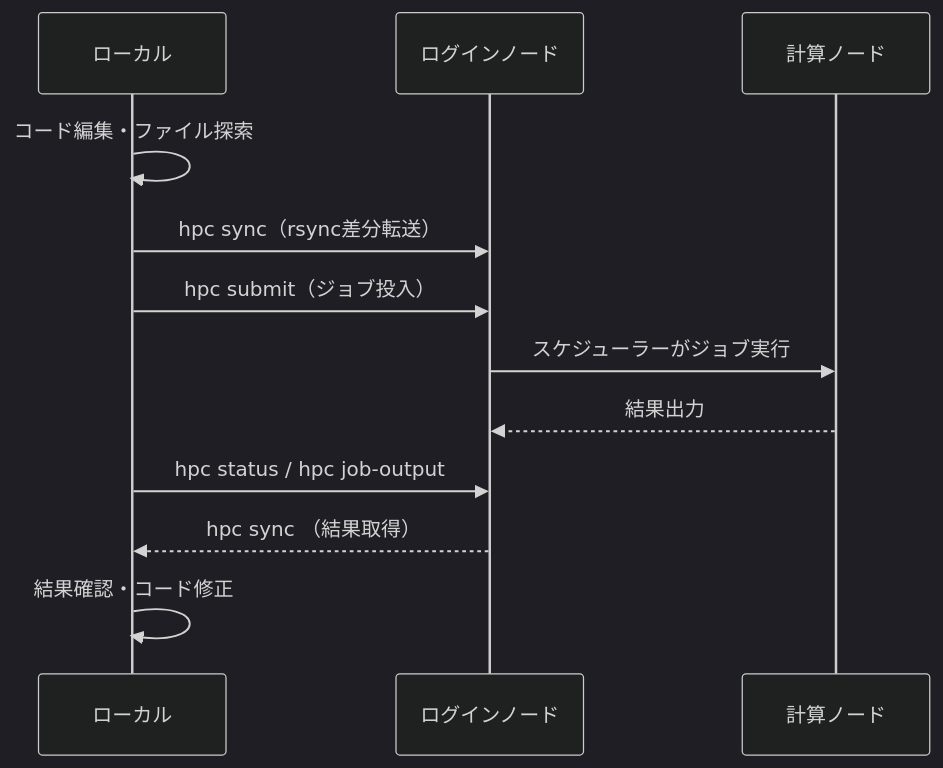
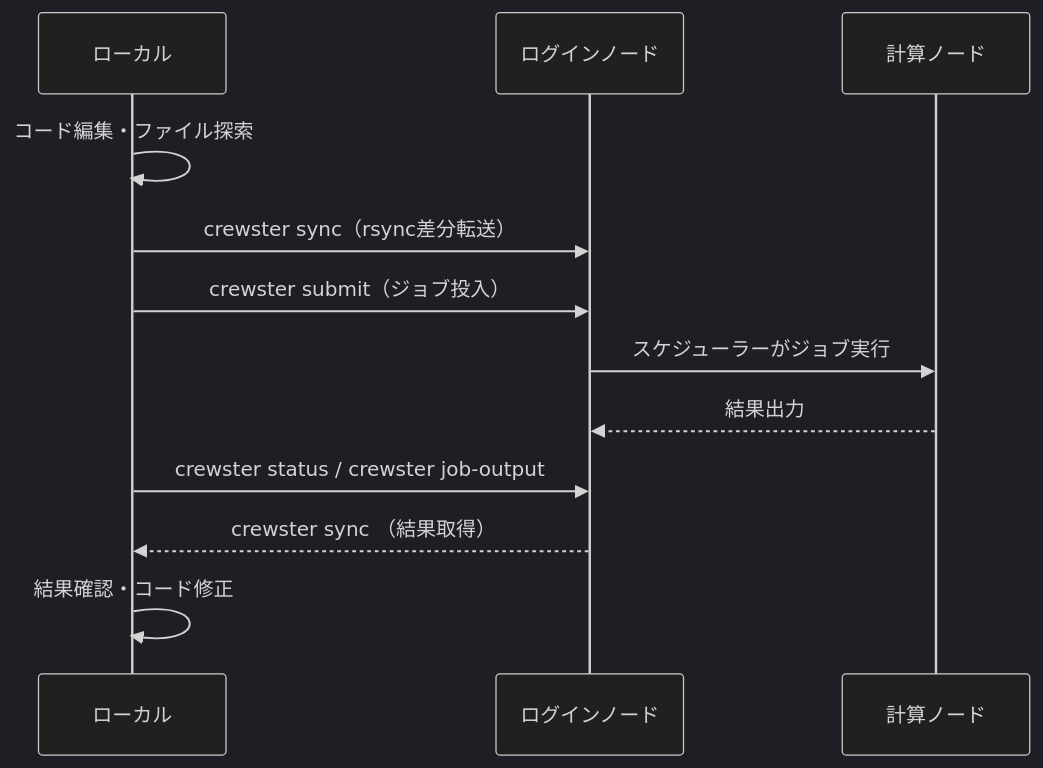
The diagram in articles/hpc-rsync-slurm-automation-cli.md (ultimatile/Zenn), drawn with Mermaid (dark theme) before and after one commit. The commit also changed other lines of this file, not shown here.

````diff
--- a/articles/hpc-rsync-slurm-automation-cli.md
+++ b/articles/hpc-rsync-slurm-automation-cli.md
@@ -31,14 +37,14 @@
 ```mermaid
 sequenceDiagram
     participant L as ローカル
     participant LN as ログインノード
     participant CN as 計算ノード
     L->>L: コード編集・ファイル探索
-    L->>LN: hpc sync（rsync差分転送）
-    L->>LN: hpc submit（ジョブ投入）
+    L->>LN: crewster sync（rsync差分転送）
+    L->>LN: crewster submit（ジョブ投入）
     LN->>CN: スケジューラーがジョブ実行
     CN-->>LN: 結果出力
-    L->>LN: hpc status / hpc job-output
-    LN-->>L: hpc sync （結果取得）
+    L->>LN: crewster status / crewster job-output
+    LN-->>L: crewster sync （結果取得）
     L->>L: 結果確認・コード修正
 ```
````
